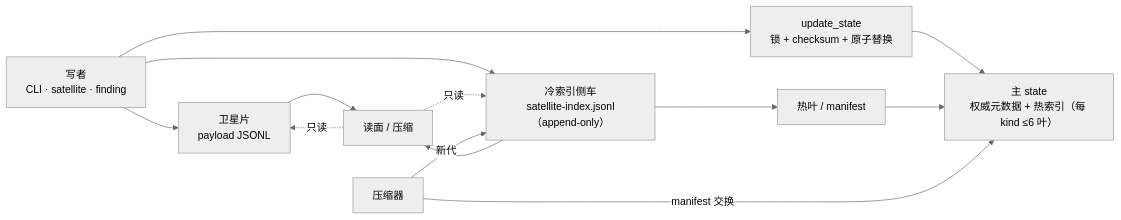
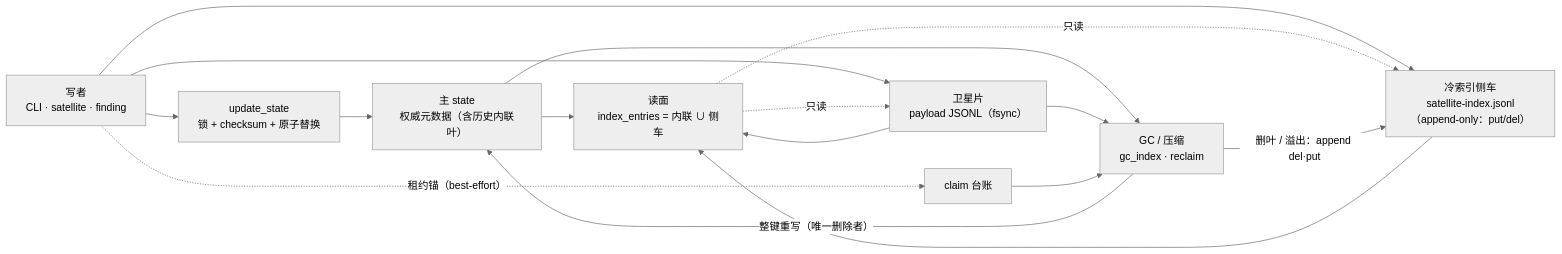
One commit to gugu23456789/zthl-aegis changed the diagram in README.md. Above: the diagram before and after it, drawn with Mermaid (neutral theme). The commit also changed other lines of this file and 1 other file, not shown here.

Commit message:
docs: 修正元数据路由 DAG（对齐 S3 侧车写路径）+ README 渲染 Concept DOI

````diff
--- a/README.md
+++ b/README.md
@@ -44,15 +52,18 @@
 ```mermaid
 flowchart LR
   W["写者<br/>CLI · satellite · finding"] --> G["update_state<br/>锁 + checksum + 原子替换"]
-  G --> S["主 state<br/>权威元数据 + 热索引（每 kind ≤6 叶）"]
-  W --> P["卫星片<br/>payload JSONL"]
-  W --> C["冷索引侧车<br/>satellite-index.jsonl（append-only）"]
-  C --> H["热叶 / manifest"]
-  H --> S
-  P --> R["读面 / 压缩"]
+  G --> S["主 state<br/>权威元数据（含历史内联叶）"]
+  W --> P["卫星片<br/>payload JSONL（fsync）"]
+  W --> C["冷索引侧车<br/>satellite-index.jsonl（append-only：put/del）"]
+  W -. "租约锚（best-effort）" .-> A["claim 台账"]
+  S --> R["读面<br/>index_entries = 内联 ∪ 侧车"]
+  P --> R
   C --> R
   R -. "只读" .-> P
   R -. "只读" .-> C
-  K["压缩器"] -->|"新代"| C
-  K -->|"manifest 交换"| S
+  K["GC / 压缩<br/>gc_index · reclaim"] -->|"删叶 / 溢出：append del·put"| C
+  K -->|"整键重写（唯一删除者）"| S
+  S --> K
+  P --> K
+  A --> K
 ```
````
